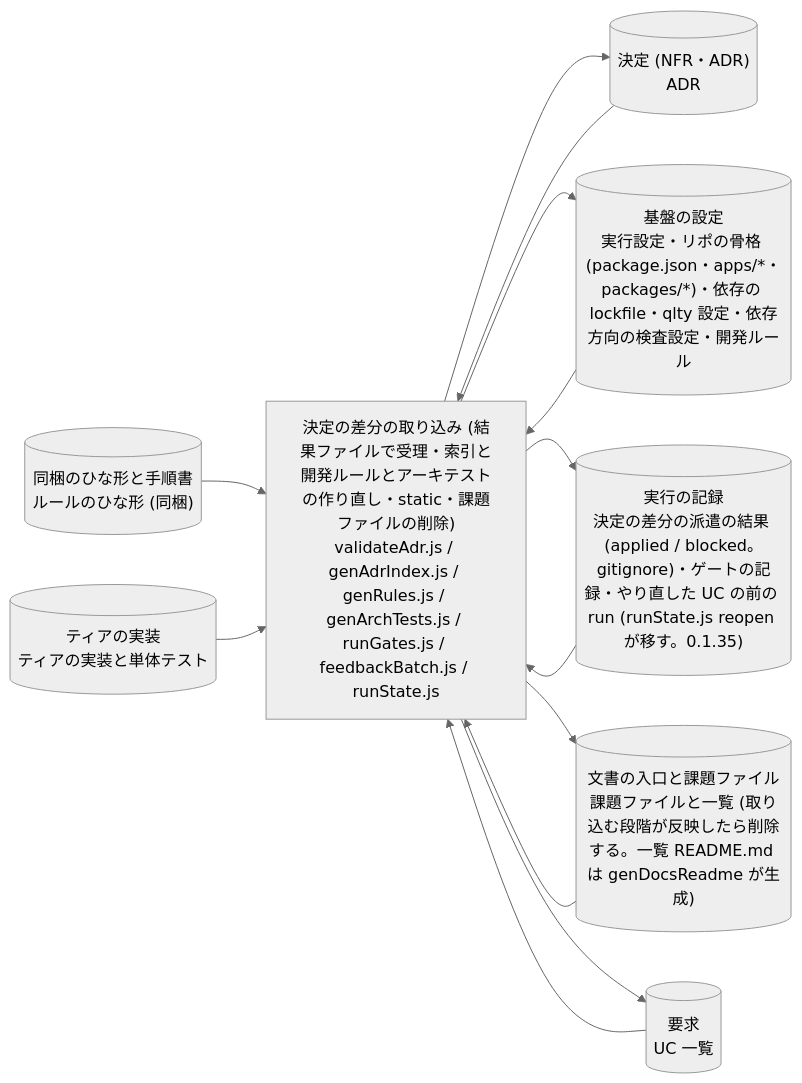
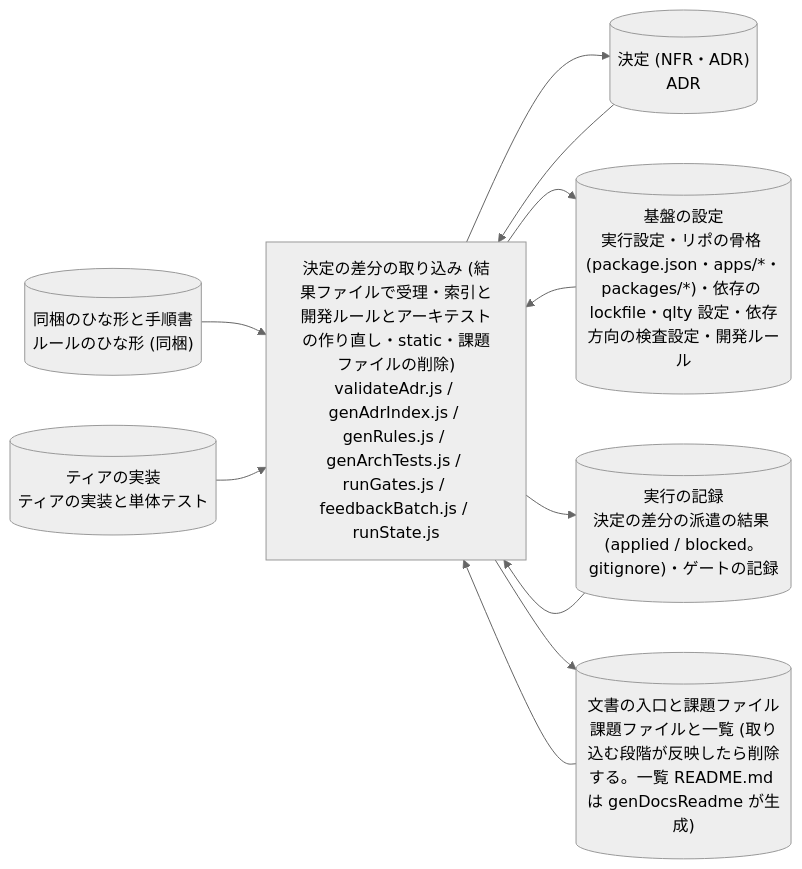
Diagram 11 of 53 in plugins/distillery2/skills/d2-common/references/dataflow.md (suwa-sh/suwa-sh-claude-plugins), drawn with Mermaid (neutral theme) before and after one commit. The commit also changed other lines of this file and 6 other files, not shown here.

````diff
--- a/plugins/distillery2/skills/d2-common/references/dataflow.md
+++ b/plugins/distillery2/skills/d2-common/references/dataflow.md
@@ -319,23 +319,20 @@
 ```mermaid
 flowchart LR
   p_run_decide_diff["決定の差分の取り込み (結果ファイルで受理・索引と開発ルールとアーキテストの作り直し・static・課題ファイルの削除)<br/>validateAdr.js / genAdrIndex.js / genRules.js / genArchTests.js / runGates.js / feedbackBatch.js / runState.js"]
-  g_run[("実行の記録<br/>決定の差分の派遣の結果 (applied / blocked。gitignore)・ゲートの記録・やり直した UC の前の run (runState.js reopen が移す。0.1.35)")]
+  g_run[("実行の記録<br/>決定の差分の派遣の結果 (applied / blocked。gitignore)・ゲートの記録")]
   g_decisions[("決定 (NFR・ADR)<br/>ADR")]
   g_packaged[("同梱のひな形と手順書<br/>ルールのひな形 (同梱)")]
   g_docs[("文書の入口と課題ファイル<br/>課題ファイルと一覧 (取り込む段階が反映したら削除する。一覧 README.md は genDocsReadme が生成)")]
   g_settings[("基盤の設定<br/>実行設定・リポの骨格 (package.json・apps/*・packages/*)・依存の lockfile・qlty 設定・依存方向の検査設定・開発ルール")]
   g_code[("ティアの実装<br/>ティアの実装と単体テスト")]
-  g_requirements[("要求<br/>UC 一覧")]
   g_run --> p_run_decide_diff
   g_decisions --> p_run_decide_diff
   g_packaged --> p_run_decide_diff
   g_docs --> p_run_decide_diff
   g_settings --> p_run_decide_diff
   g_code --> p_run_decide_diff
-  g_requirements --> p_run_decide_diff
   p_run_decide_diff --> g_decisions
   p_run_decide_diff --> g_settings
   p_run_decide_diff --> g_run
   p_run_decide_diff --> g_docs
-  p_run_decide_diff --> g_requirements
 ```
````
